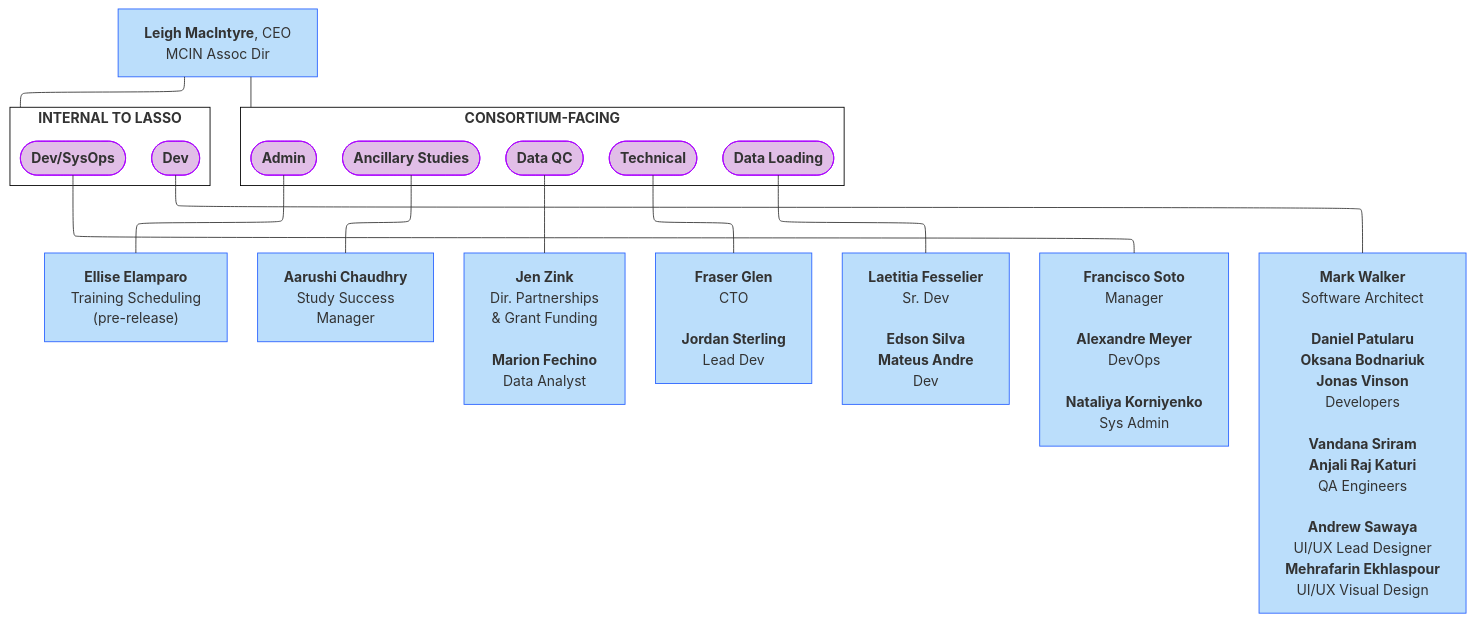
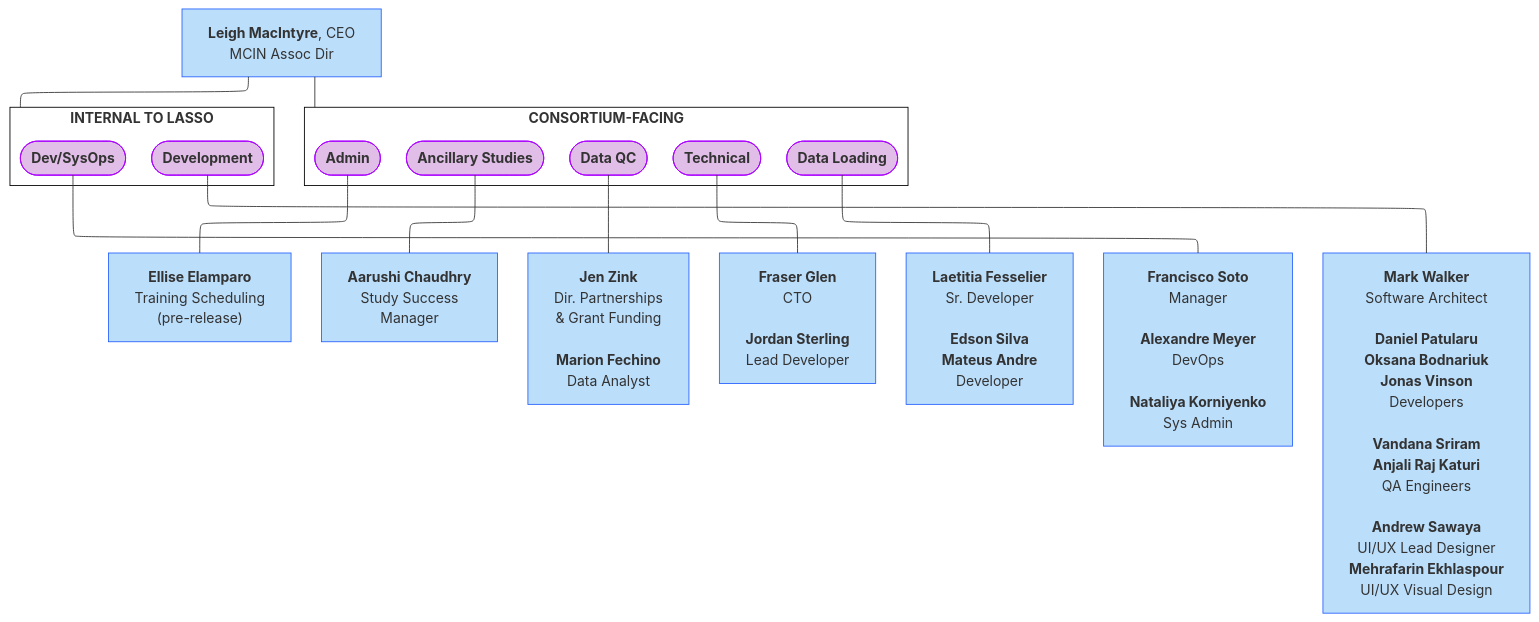
One commit to DCAN-Labs/hbcd-docs-internal changed the third of 9 diagrams in docs/orgcharts.md. Above: the diagram before and after it, drawn with Mermaid. The commit also changed other lines of this file, not shown here.

````diff
--- a/docs/orgcharts.md
+++ b/docs/orgcharts.md
@@ -183,48 +172,48 @@
 ```mermaid
 ---
 config:
   layout: elk
 ---
 flowchart TB
  subgraph s1["<b>CONSORTIUM-FACING</b>"]
         B(["<b>Admin</b>"])
         n1(["<b>Ancillary Studies</b>"])
         n2(["<b>Data QC</b>"])
         n3(["<b>Technical</b>"])
         n4(["<b>Data Loading</b>"])
   end
  subgraph s2["<b>INTERNAL TO LASSO</b>"]
-        n22(["<b>Dev</b>"])
+        n22(["<b>Development</b>"])
         n23(["<b>Dev/SysOps</b>"])
   end
     A["<b>Leigh MacIntyre</b>, CEO<br>MCIN Assoc Dir"] --- s1 & s2
     B --- n5["<b>Ellise Elamparo</b><br>Training Scheduling<br>(pre-release)"]
     n1 --- n6["<b>Aarushi Chaudhry<br></b>Study Success<br>Manager"]
     n2 --- n7["<b>Jen Zink<br></b>Dir. Partnerships<br>&amp; Grant Funding<br><br><b>Marion Fechino</b><br>Data Analyst"]
-    n3 --- n8["<b>Fraser Glen<br></b>CTO<br><br><b>Jordan Sterling<br></b>Lead Dev"]
-    n4 --- n9["<b>Laetitia Fesselier<br></b>Sr. Dev<br><b><br>Edson Silva</b><br><b>Mateus Andre<br></b>Dev"]
+    n3 --- n8["<b>Fraser Glen<br></b>CTO<br><br><b>Jordan Sterling<br></b>Lead Developer"]
+    n4 --- n9["<b>Laetitia Fesselier<br></b>Sr. Developer<br><b><br>Edson Silva</b><br><b>Mateus Andre<br></b>Developer"]
     n23 --- n24["<b>Francisco Soto</b><br>Manager<br>
     <b>Alexandre Meyer</b><br>DevOps<br>
     <b>Nataliya Korniyenko<br></b>Sys Admin"]
     n22 --- n26["<b>Mark Walker</b><br>Software Architect<br>
     <b>Daniel Patularu</b><br><b>Oksana Bodnariuk<br>Jonas Vinson<br></b>Developers<br>
     <b>Vandana Sriram</b><br><b>Anjali Raj Katuri<br></b>QA Engineers<br>
     <b>Andrew Sawaya</b><br>UI/UX Lead Designer<br><b>Mehrafarin Ekhlaspour</b><br>UI/UX Visual Design"]
     style B fill:#E1BEE7,stroke:#AA00FF
     style n1 fill:#E1BEE7,stroke:#AA00FF
     style n2 fill:#E1BEE7,stroke:#AA00FF
     style n3 fill:#E1BEE7,stroke:#AA00FF
     style n4 fill:#E1BEE7,stroke:#AA00FF
     style n22 fill:#E1BEE7,stroke:#AA00FF
     style n23 fill:#E1BEE7,stroke:#AA00FF
     style A fill:#BBDEFB,stroke:#2962FF
     style s1 fill:#FFFFFF,stroke:#000000
     style s2 fill:#FFFFFF,stroke:#000000
     style n5 fill:#BBDEFB,stroke:#2962FF
     style n6 fill:#BBDEFB,stroke:#2962FF
     style n7 fill:#BBDEFB,stroke:#2962FF
     style n8 fill:#BBDEFB,stroke:#2962FF
     style n9 fill:#BBDEFB,stroke:#2962FF
     style n24 fill:#BBDEFB,stroke:#2962FF
     style n26 fill:#BBDEFB,stroke:#2962FF
 ```
````
